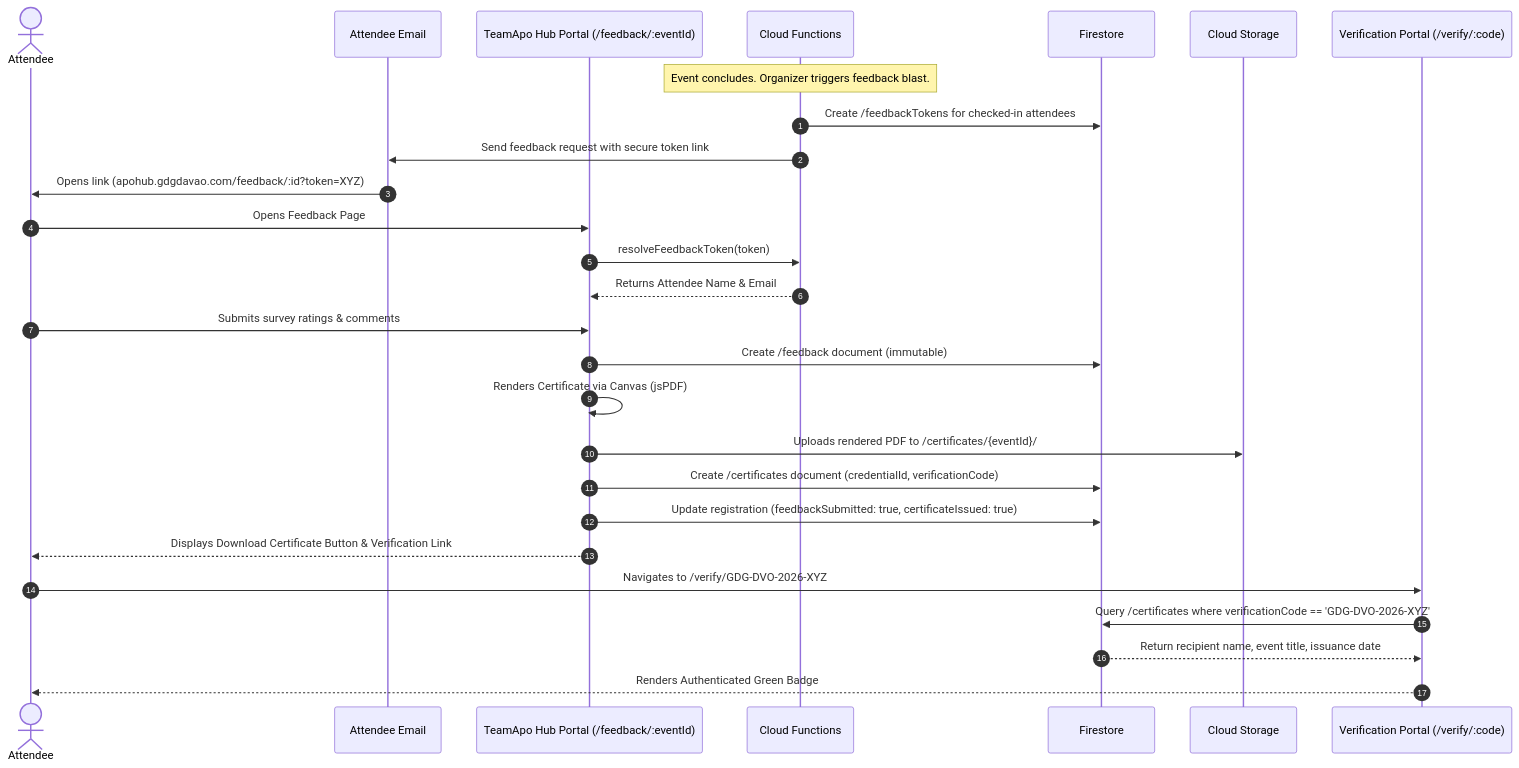
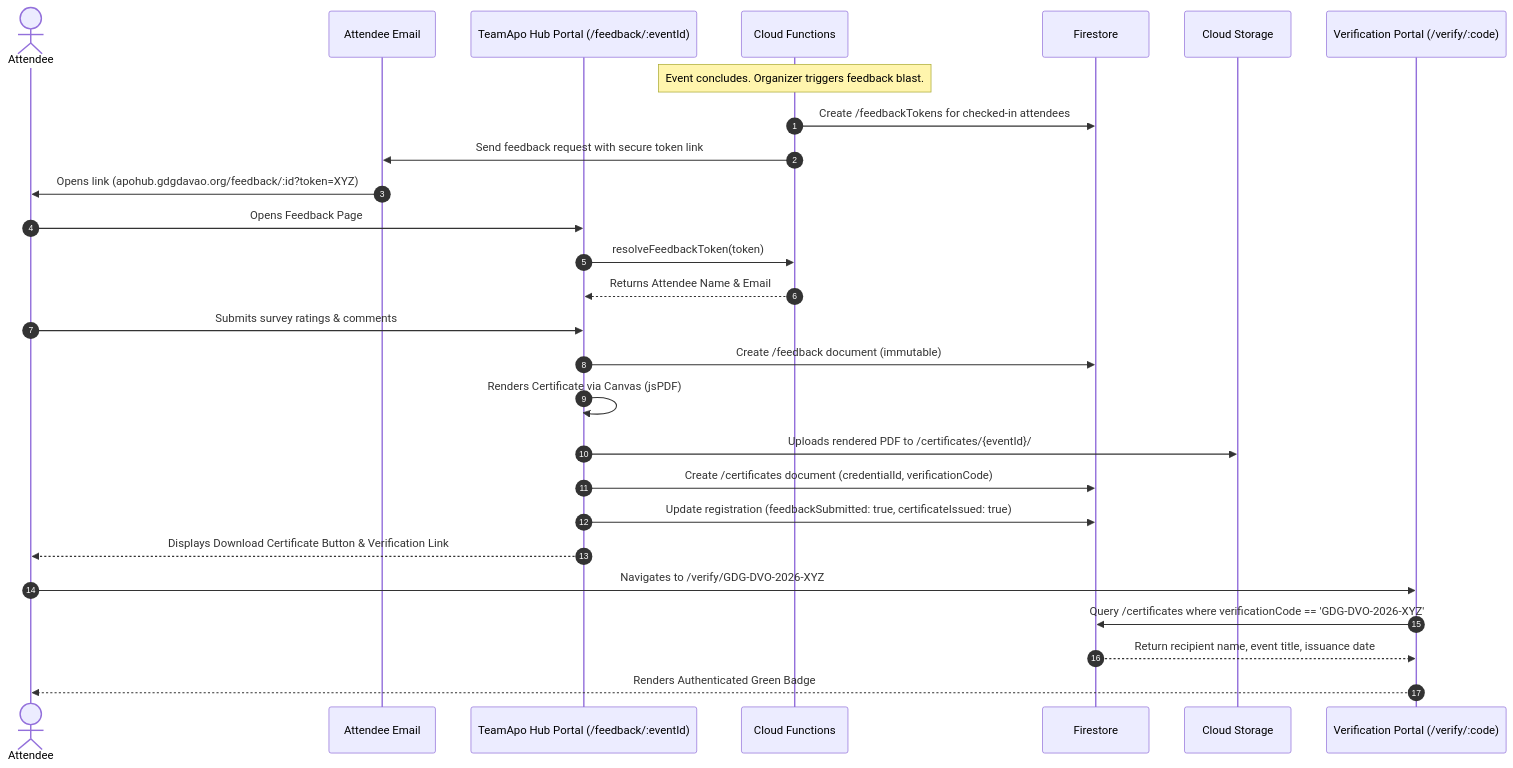
The fifth of 6 diagrams in docs/Architecture.md (gdgdavao/teamapo-hub), drawn with Mermaid before and after one commit. The commit also changed other lines of this file and 5 other files, not shown here.

````diff
--- a/docs/Architecture.md
+++ b/docs/Architecture.md
@@ -312,31 +342,31 @@
 ```mermaid
 sequenceDiagram
     autonumber
     actor Attendee
     participant Email as Attendee Email
     participant Web as TeamApo Hub Portal (/feedback/:eventId)
     participant PyFn as Cloud Functions
     participant FS as Firestore
     participant Storage as Cloud Storage
     participant Verify as Verification Portal (/verify/:code)
 
     Note over PyFn: Event concludes. Organizer triggers feedback blast.
     PyFn->>FS: Create /feedbackTokens for checked-in attendees
     PyFn->>Email: Send feedback request with secure token link
-    Email->>Attendee: Opens link (apohub.gdgdavao.com/feedback/:id?token=XYZ)
+    Email->>Attendee: Opens link (apohub.gdgdavao.org/feedback/:id?token=XYZ)
     Attendee->>Web: Opens Feedback Page
     Web->>PyFn: resolveFeedbackToken(token)
     PyFn-->>Web: Returns Attendee Name & Email
     Attendee->>Web: Submits survey ratings & comments
     Web->>FS: Create /feedback document (immutable)
     Web->>Web: Renders Certificate via Canvas (jsPDF)
     Web->>Storage: Uploads rendered PDF to /certificates/{eventId}/
     Web->>FS: Create /certificates document (credentialId, verificationCode)
     Web->>FS: Update registration (feedbackSubmitted: true, certificateIssued: true)
     Web-->>Attendee: Displays Download Certificate Button & Verification Link
     
     Attendee->>Verify: Navigates to /verify/GDG-DVO-2026-XYZ
     Verify->>FS: Query /certificates where verificationCode == 'GDG-DVO-2026-XYZ'
     FS-->>Verify: Return recipient name, event title, issuance date
     Verify-->>Attendee: Renders Authenticated Green Badge
 ```
````
